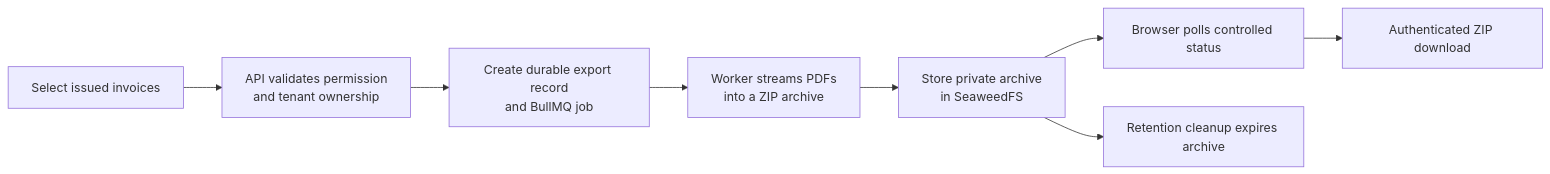
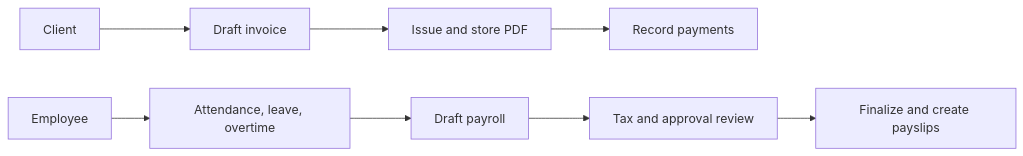
One commit to nirjal-byan/puffin-pal changed the third of 3 diagrams in README.md. Above: the diagram before and after it, drawn with Mermaid. The commit also changed other lines of this file, not shown here.

````diff
--- a/README.md
+++ b/README.md
@@ -325,10 +76,11 @@
 ```mermaid
 flowchart LR
-    Select[Select issued invoices] --> Validate[API validates permission<br/>and tenant ownership]
-    Validate --> Queue[Create durable export record<br/>and BullMQ job]
-    Queue --> Build[Worker streams PDFs<br/>into a ZIP archive]
-    Build --> Store[Store private archive<br/>in SeaweedFS]
-    Store --> Poll[Browser polls controlled status]
-    Poll --> Download[Authenticated ZIP download]
-    Store --> Expire[Retention cleanup expires archive]
+    Client --> Invoice[Draft invoice]
+    Invoice --> Issued[Issue and store PDF]
+    Issued --> Payment[Record payments]
+
+    Employee --> Time[Attendance, leave, overtime]
+    Time --> Payroll[Draft payroll]
+    Payroll --> Review[Tax and approval review]
+    Review --> Payslip[Finalize and create payslips]
 ```
````
